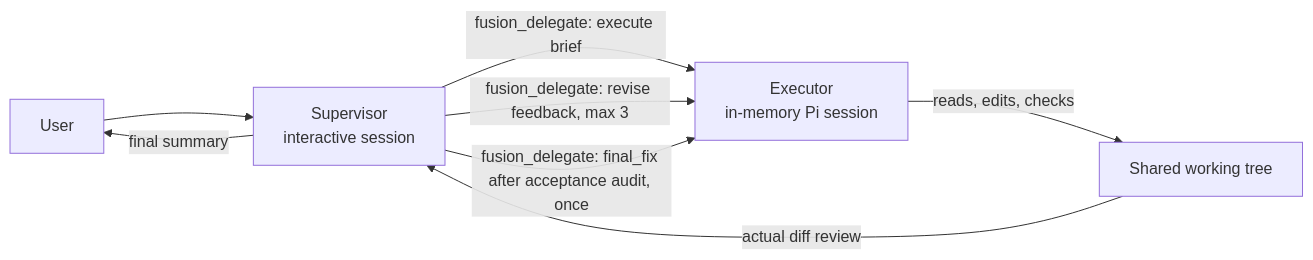
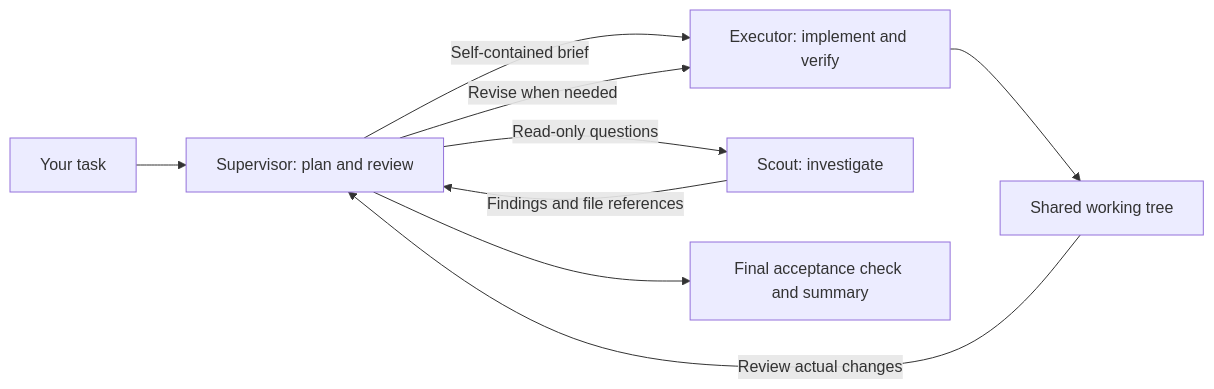
One commit to liodali/fusion-pi-extension changed the diagram in README.md. Above: the diagram before and after it, drawn with Mermaid. The commit also changed other lines of this file, not shown here.

First line of the commit message:
Rewrite README as a concise user-facing guide

````diff
--- a/README.md
+++ b/README.md
@@ -24,10 +9,11 @@
 ```mermaid
 flowchart LR
-    U[User] --> S[Supervisor<br/>interactive session]
-    S -->|fusion_delegate: execute brief| E[Executor<br/>in-memory Pi session]
-    E -->|reads, edits, checks| W[Shared working tree]
-    W -->|actual diff review| S
-    S -->|fusion_delegate: revise feedback, max 3| E
-    S -->|fusion_delegate: final_fix after acceptance audit, once| E
-    S -->|final summary| U
+    U[Your task] --> S[Supervisor: plan and review]
+    S -->|Self-contained brief| E[Executor: implement and verify]
+    S -->|Read-only questions| C[Scout: investigate]
+    C -->|Findings and file references| S
+    E --> W[Shared working tree]
+    W -->|Review actual changes| S
+    S -->|Revise when needed| E
+    S --> F[Final acceptance check and summary]
 ```
````
